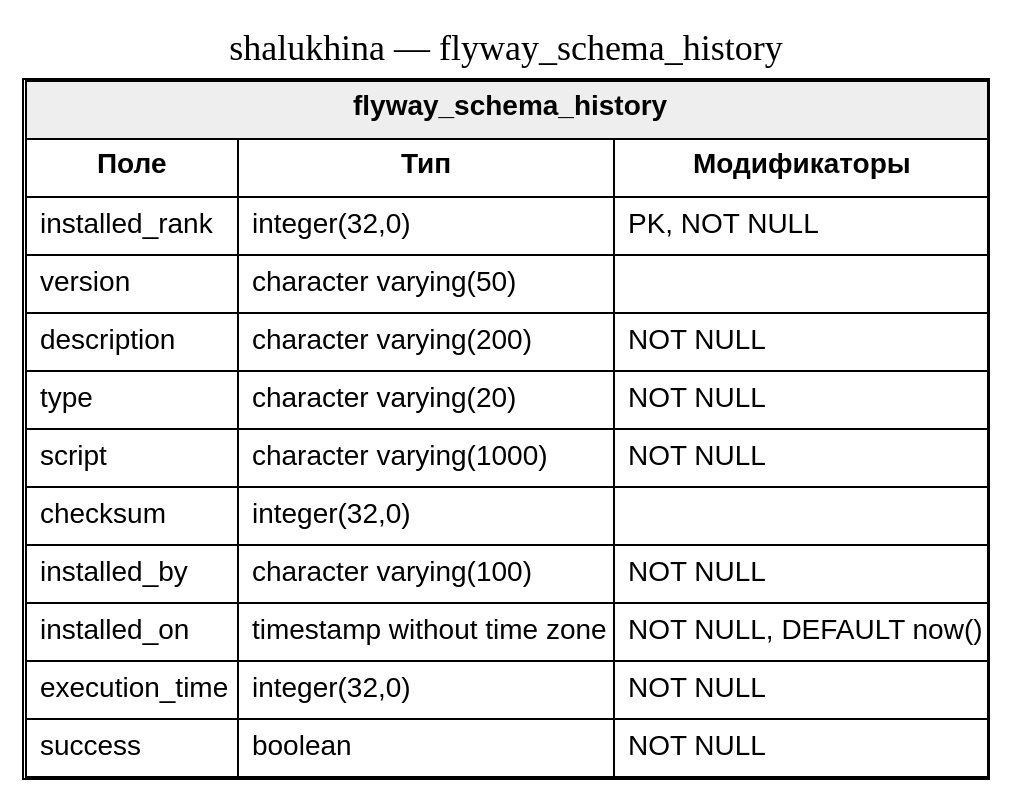
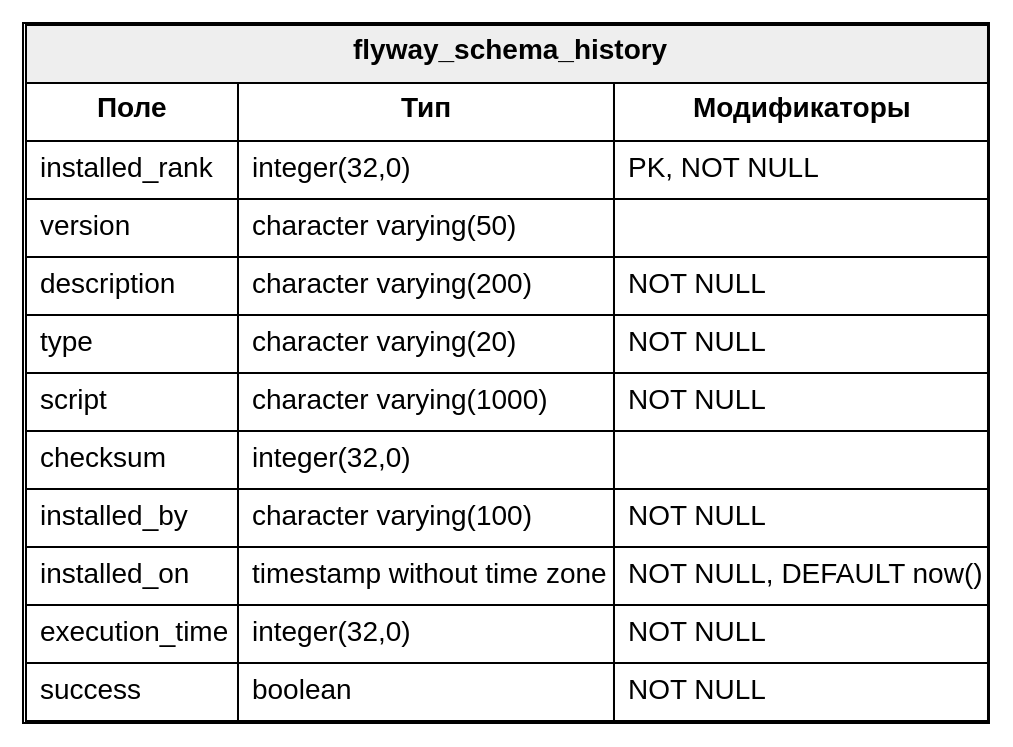
Before and after one commit to diplomas-2026/shalukhina: the diagram in database-screenshots/dot/tables/flyway_schema_history.dot, drawn with Graphviz. The commit also changed 29 other files, not shown here.

Commit message:
Add database schema screenshots

```diff
--- a/database-screenshots/dot/tables/flyway_schema_history.dot
+++ b/database-screenshots/dot/tables/flyway_schema_history.dot
@@ -1,7 +1,5 @@
 digraph single_table {
   graph [rankdir=TB, fontsize=18];
   node [shape=plain, fontname="Arial"];
-  label="shalukhina — flyway_schema_history";
-  labelloc=t;
   "flyway_schema_history" [label=<<TABLE BORDER="1" CELLBORDER="1" CELLSPACING="0" CELLPADDING="6"><TR><TD BGCOLOR="#eeeeee" COLSPAN="3"><B>flyway_schema_history</B></TD></TR><TR><TD><B>Поле</B></TD><TD><B>Тип</B></TD><TD><B>Модификаторы</B></TD></TR><TR><TD ALIGN="LEFT">installed_rank</TD><TD ALIGN="LEFT">integer(32,0)</TD><TD ALIGN="LEFT">PK, NOT NULL</TD></TR><TR><TD ALIGN="LEFT">version</TD><TD ALIGN="LEFT">character varying(50)</TD><TD ALIGN="LEFT"></TD></TR><TR><TD ALIGN="LEFT">description</TD><TD ALIGN="LEFT">character varying(200)</TD><TD ALIGN="LEFT">NOT NULL</TD></TR><TR><TD ALIGN="LEFT">type</TD><TD ALIGN="LEFT">character varying(20)</TD><TD ALIGN="LEFT">NOT NULL</TD></TR><TR><TD ALIGN="LEFT">script</TD><TD ALIGN="LEFT">character varying(1000)</TD><TD ALIGN="LEFT">NOT NULL</TD></TR><TR><TD ALIGN="LEFT">checksum</TD><TD ALIGN="LEFT">integer(32,0)</TD><TD ALIGN="LEFT"></TD></TR><TR><TD ALIGN="LEFT">installed_by</TD><TD ALIGN="LEFT">character varying(100)</TD><TD ALIGN="LEFT">NOT NULL</TD></TR><TR><TD ALIGN="LEFT">installed_on</TD><TD ALIGN="LEFT">timestamp without time zone</TD><TD ALIGN="LEFT">NOT NULL, DEFAULT now()</TD></TR><TR><TD ALIGN="LEFT">execution_time</TD><TD ALIGN="LEFT">integer(32,0)</TD><TD ALIGN="LEFT">NOT NULL</TD></TR><TR><TD ALIGN="LEFT">success</TD><TD ALIGN="LEFT">boolean</TD><TD ALIGN="LEFT">NOT NULL</TD></TR></TABLE>>];
 }
```
